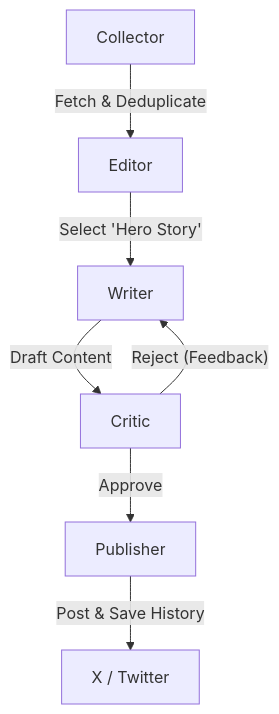
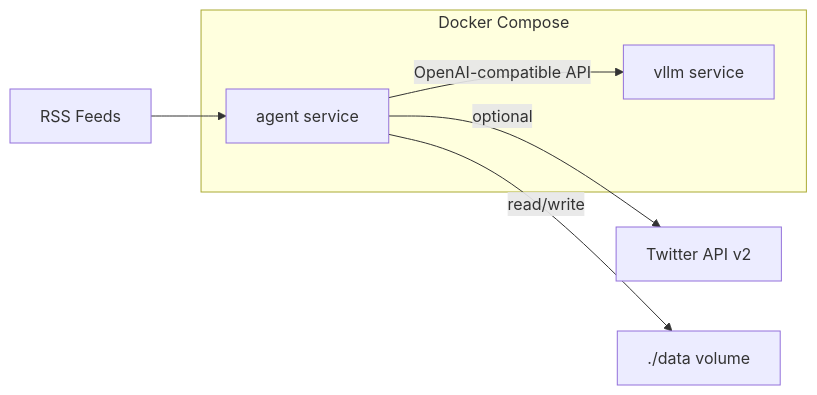
The second of 2 diagrams in README.md (pueraeternis/autonomous-content-agents), drawn with Mermaid before and after one commit. The commit also changed other lines of this file and 6 other files, not shown here.

````diff
--- a/README.md
+++ b/README.md
@@ -25,9 +76,11 @@
 ```mermaid
-graph TD
-    A[Collector] -->|Fetch & Deduplicate| B[Editor]
-    B -->|Select 'Hero Story'| C[Writer]
-    C -->|Draft Content| D[Critic]
-    D -- Reject (Feedback) --> C
-    D -- Approve --> E[Publisher]
-    E -->|Post & Save History| F[X / Twitter]
+graph LR
+    subgraph dockerCompose [Docker Compose]
+        agent[agent service]
+        vllm[vllm service]
+    end
+    rss[RSS Feeds] --> agent
+    agent -->|OpenAI-compatible API| vllm
+    agent -->|optional| twitter[Twitter API v2]
+    agent -->|read/write| data["./data volume"]
 ```
````
